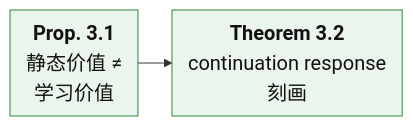
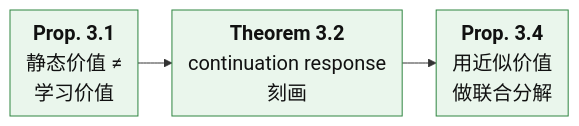
Before and after one commit to XueqiC/ICML27_agent_distillation: the third of 9 diagrams in theoretical_framework/README_ZH.md, drawn with Mermaid. The commit also changed other lines of this file and 222 other files, not shown here.

````diff
--- a/theoretical_framework/README_ZH.md
+++ b/theoretical_framework/README_ZH.md
@@ -322,8 +341,10 @@
 ```mermaid
 %%{init: {"themeVariables": {"fontSize": "20px"}, "flowchart": {"nodeSpacing": 24, "rankSpacing": 34, "padding": 8, "wrappingWidth": 260}}}%%
 flowchart LR
   P1["<b>Prop. 3.1</b><br/>静态价值 ≠<br/>学习价值"]:::b2
   T2["<b>Theorem 3.2</b><br/>continuation response<br/>刻画"]:::b2
+  P4["<b>Prop. 3.4</b><br/>用近似价值<br/>做联合分解"]:::b2
   P1 --> T2
+  T2 --> P4
   classDef b2 fill:#eaf6ec,stroke:#2e8540,color:#111
 ```
````
